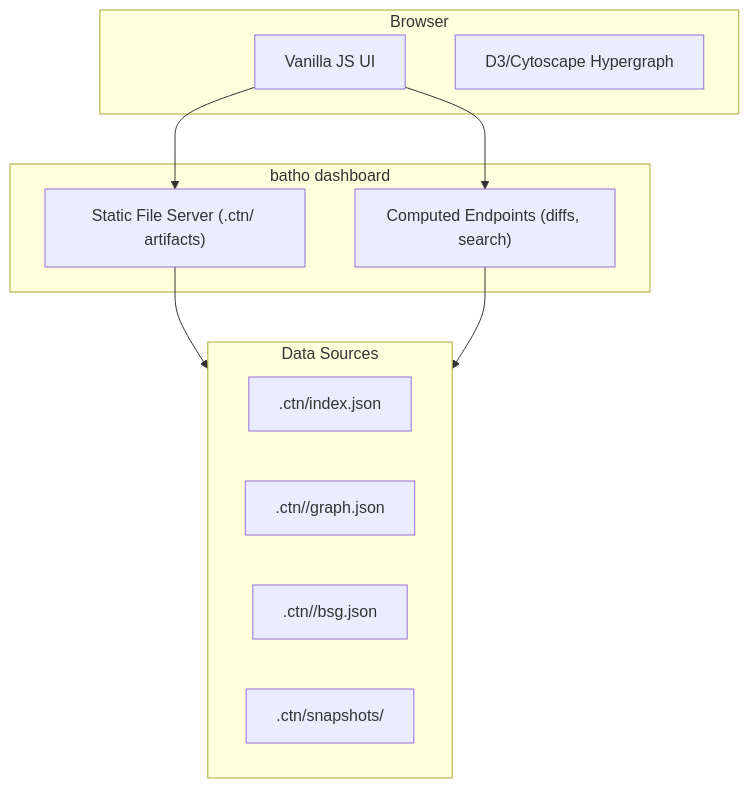
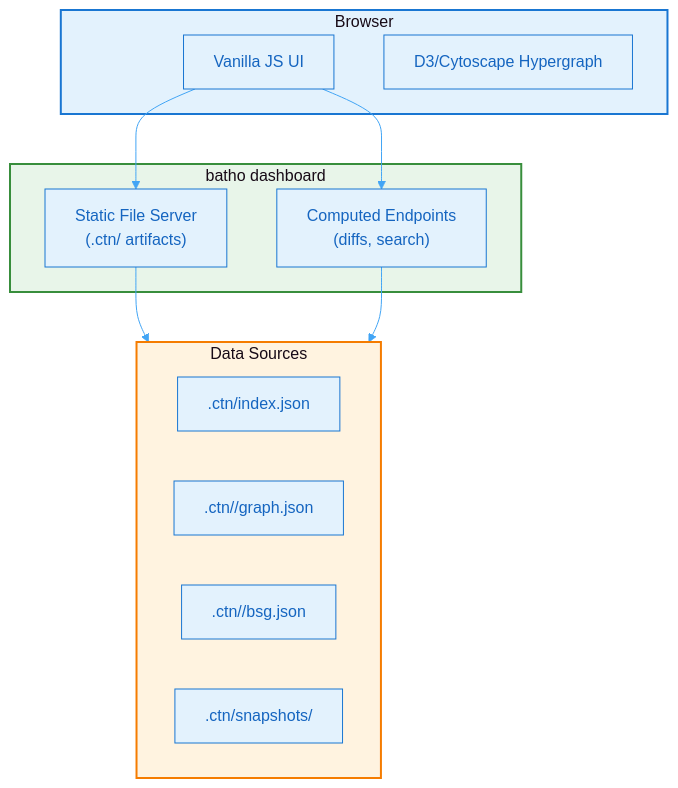
Before and after one commit to sageoz/Batho: the diagram in docs-site/docs/whitepaper/dashboard.md, drawn with Mermaid. The commit also changed other lines of this file and 31 other files, not shown here.

````diff
--- a/docs-site/docs/whitepaper/dashboard.md
+++ b/docs-site/docs/whitepaper/dashboard.md
@@ -13,24 +13,29 @@
 ```mermaid
+%%{init: {'theme': 'base', 'themeVariables': { 'primaryColor': '#e3f2fd', 'primaryTextColor': '#1565c0', 'primaryBorderColor': '#1976d2', 'lineColor': '#42a5f5', 'secondaryColor': '#f3e5f5', 'tertiaryColor': '#e8f5e9'}}}%%
 flowchart TB
     subgraph Client["Browser"]
         UI[Vanilla JS UI]
         Viz[D3/Cytoscape Hypergraph]
     end
 
     subgraph Server["batho dashboard"]
-        Static["Static File Server (.ctn/ artifacts)"]
-        Computed["Computed Endpoints (diffs, search)"]
+        Static["Static File Server<br/>(.ctn/ artifacts)"]
+        Computed["Computed Endpoints<br/>(diffs, search)"]
     end
 
     subgraph Data["Data Sources"]
         Index[.ctn/index.json]
         Graph[.ctn/<id>/graph.json]
         BSG[.ctn/<id>/bsg.json]
         Snapshots[.ctn/snapshots/]
     end
 
     UI --> Static
     UI --> Computed
     Static --> Data
     Computed --> Data
+
+    style Client fill:#e3f2fd,stroke:#1976d2,stroke-width:2px
+    style Server fill:#e8f5e9,stroke:#388e3c,stroke-width:2px
+    style Data fill:#fff3e0,stroke:#f57c00,stroke-width:2px
 ```
````
